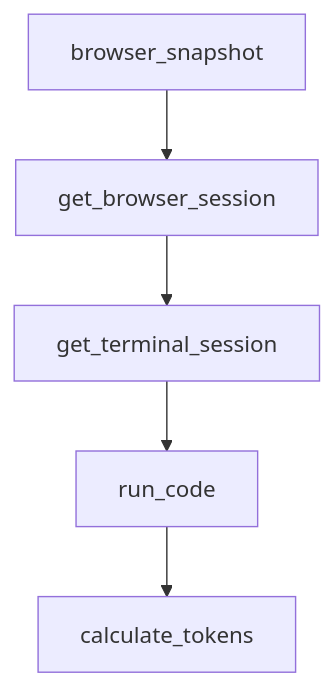
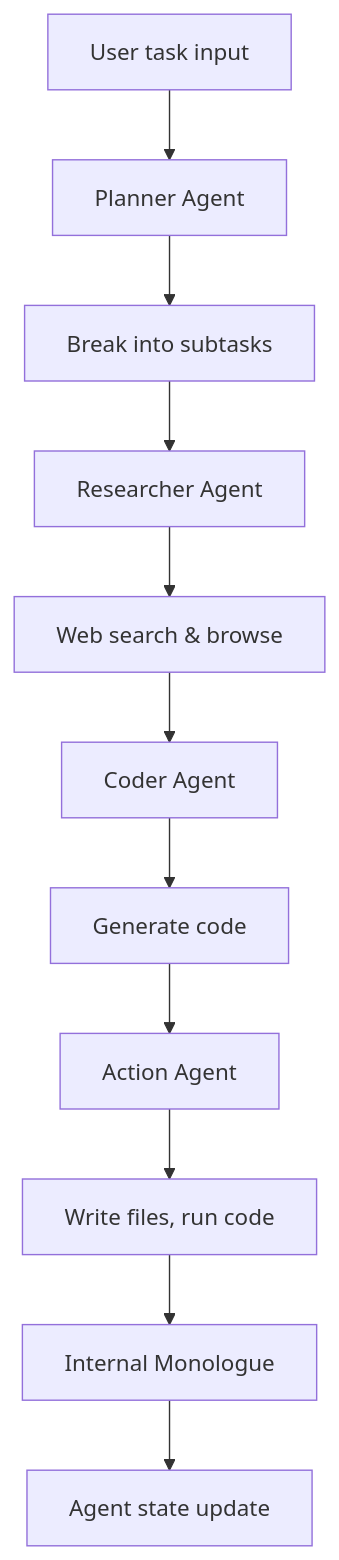
One commit to johnxie/awesome-code-docs changed the diagram in tutorials/devika-tutorial/02-architecture-and-agent-pipeline.md. Above: the diagram before and after it, drawn with Mermaid. The commit also changed other lines of this file and 1232 other files, not shown here.

````diff
--- a/tutorials/devika-tutorial/02-architecture-and-agent-pipeline.md
+++ b/tutorials/devika-tutorial/02-architecture-and-agent-pipeline.md
@@ -213,12 +44,13 @@
 ```mermaid
 flowchart TD
-    A[browser_snapshot]
-    B[get_browser_session]
-    C[get_terminal_session]
-    D[run_code]
-    E[calculate_tokens]
-    A --> B
-    B --> C
-    C --> D
-    D --> E
+    A[User task input] --> B[Planner Agent]
+    B --> C[Break into subtasks]
+    C --> D[Researcher Agent]
+    D --> E[Web search & browse]
+    E --> F[Coder Agent]
+    F --> G[Generate code]
+    G --> H[Action Agent]
+    H --> I[Write files, run code]
+    I --> J[Internal Monologue]
+    J --> K[Agent state update]
 ```
````
